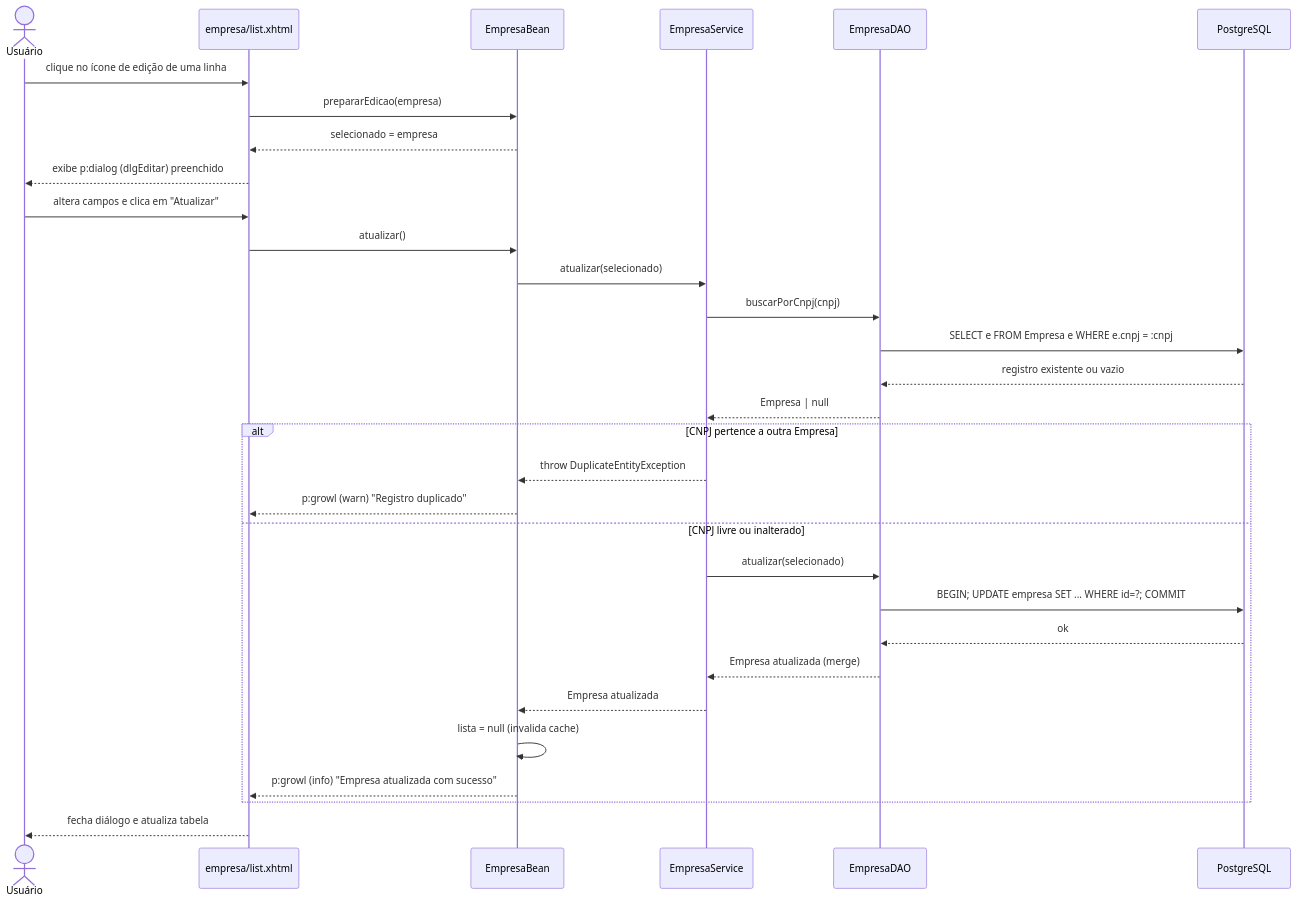
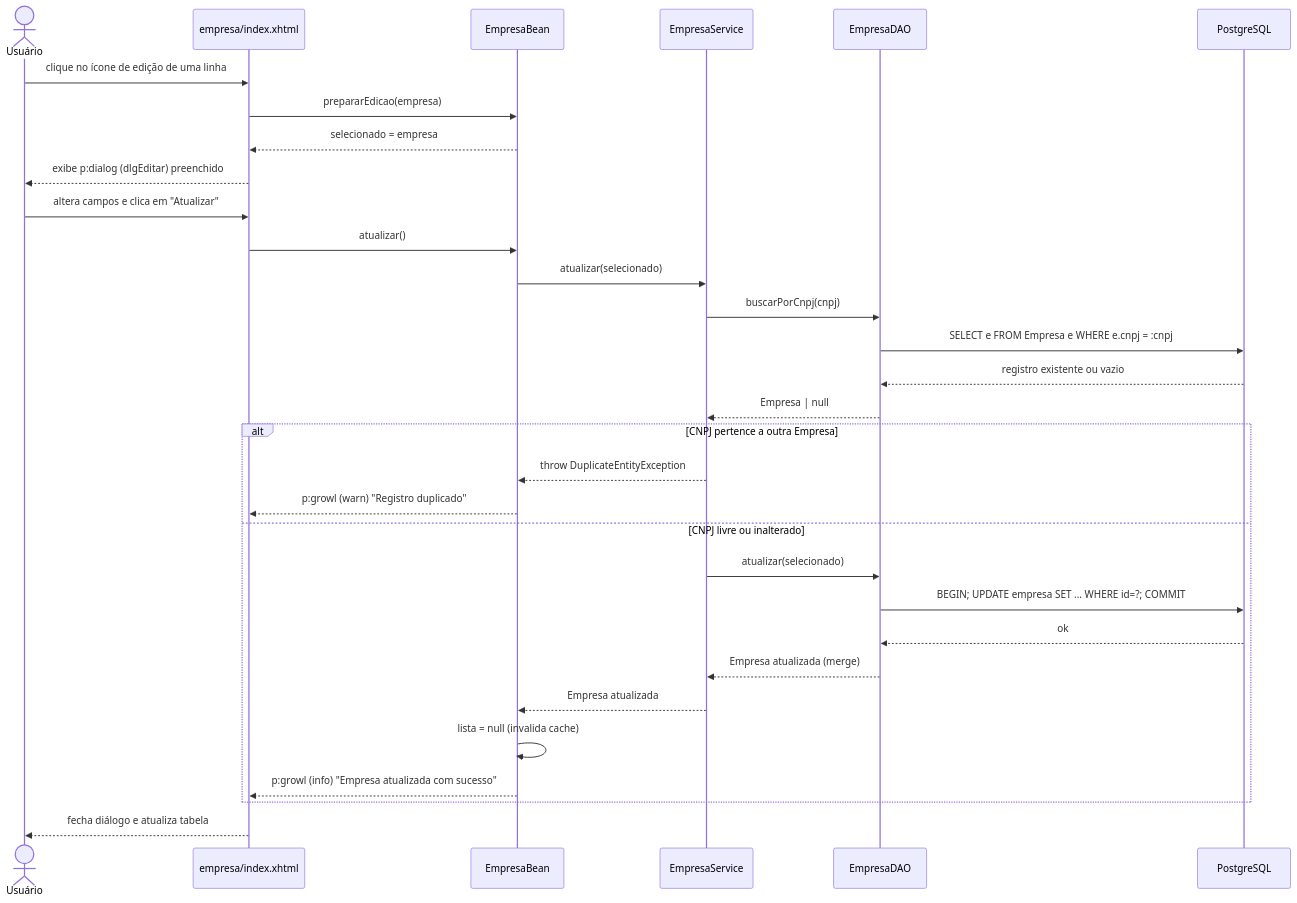
Before and after one commit to lwglg/jsf-ps-starter-app: the fourth of 7 diagrams in resources/docs/md/04-sequencias-principais.md, drawn with Mermaid. The commit also changed other lines of this file and 3 other files, not shown here.

````diff
--- a/resources/docs/md/04-sequencias-principais.md
+++ b/resources/docs/md/04-sequencias-principais.md
@@ -164,37 +164,37 @@
 ```mermaid
 sequenceDiagram
     actor Usuario as Usuário
-    participant View as empresa/list.xhtml
+    participant View as empresa/index.xhtml
     participant Bean as EmpresaBean
     participant Service as EmpresaService
     participant DAO as EmpresaDAO
     participant DB as PostgreSQL
 
     Usuario->>View: clique no ícone de edição de uma linha
     View->>Bean: prepararEdicao(empresa)
     Bean-->>View: selecionado = empresa
     View-->>Usuario: exibe p:dialog (dlgEditar) preenchido
 
     Usuario->>View: altera campos e clica em "Atualizar"
     View->>Bean: atualizar()
     Bean->>Service: atualizar(selecionado)
     Service->>DAO: buscarPorCnpj(cnpj)
     DAO->>DB: SELECT e FROM Empresa e WHERE e.cnpj = :cnpj
     DB-->>DAO: registro existente ou vazio
     DAO-->>Service: Empresa | null
 
     alt CNPJ pertence a outra Empresa
         Service-->>Bean: throw DuplicateEntityException
         Bean-->>View: p:growl (warn) "Registro duplicado"
     else CNPJ livre ou inalterado
         Service->>DAO: atualizar(selecionado)
         DAO->>DB: BEGIN#59; UPDATE empresa SET ... WHERE id=?#59; COMMIT
         DB-->>DAO: ok
         DAO-->>Service: Empresa atualizada (merge)
         Service-->>Bean: Empresa atualizada
         Bean->>Bean: lista = null (invalida cache)
         Bean-->>View: p:growl (info) "Empresa atualizada com sucesso"
     end
 
     View-->>Usuario: fecha diálogo e atualiza tabela
 ```
````
